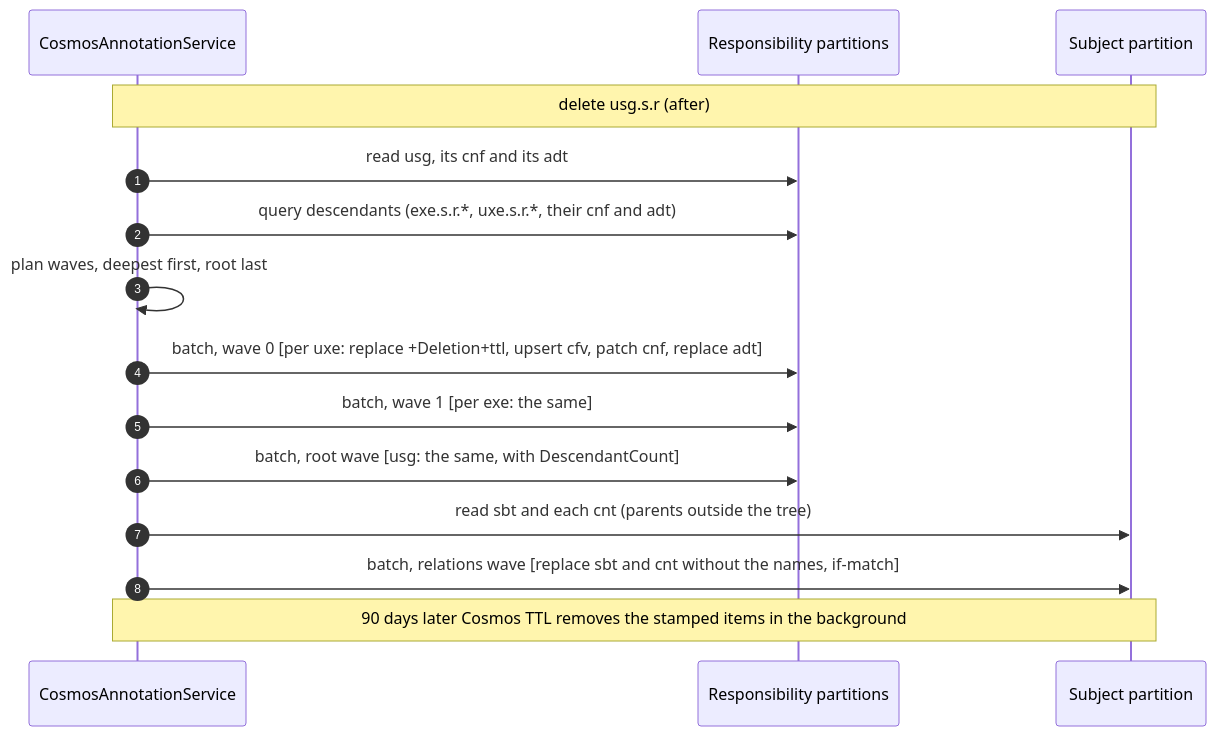
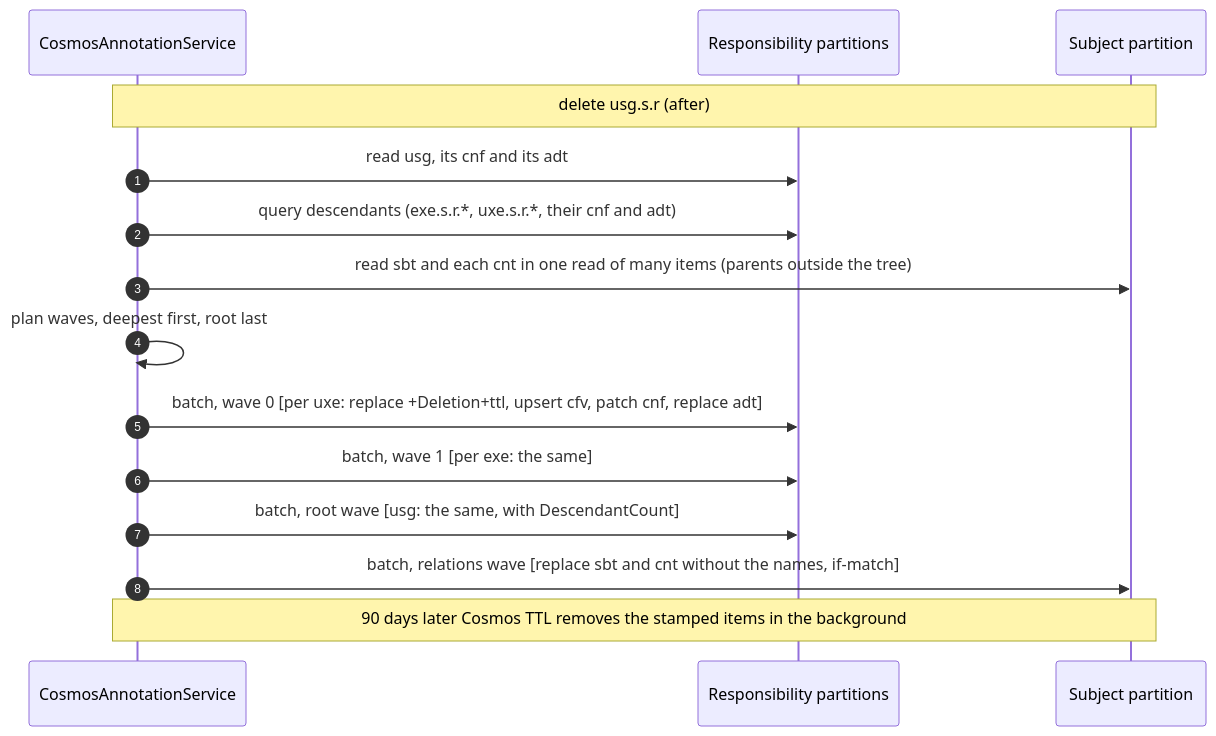
Before and after one commit to akobr/mono.me: the sixth of 7 diagrams in docs/Platform/Storyteller/audit-operations.md, drawn with Mermaid. The commit also changed other lines of this file and 1 other file, not shown here.

Commit message:
docs(platform): name which parents of a restore come from the read of many items, and draw the delete's read before its batches (424-229)

````diff
--- a/docs/Platform/Storyteller/audit-operations.md
+++ b/docs/Platform/Storyteller/audit-operations.md
@@ -247,17 +247,17 @@
 ```mermaid
 sequenceDiagram
   autonumber
   participant S as CosmosAnnotationService
   participant R as Responsibility partitions
   participant J as Subject partition
   Note over S,J: delete usg.s.r (after)
   S->>R: read usg, its cnf and its adt
   S->>R: query descendants (exe.s.r.*, uxe.s.r.*, their cnf and adt)
+  S->>J: read sbt and each cnt in one read of many items (parents outside the tree)
   S->>S: plan waves, deepest first, root last
   S->>R: batch, wave 0 [per uxe: replace +Deletion+ttl, upsert cfv, patch cnf, replace adt]
   S->>R: batch, wave 1 [per exe: the same]
   S->>R: batch, root wave [usg: the same, with DescendantCount]
-  S->>J: read sbt and each cnt (parents outside the tree)
   S->>J: batch, relations wave [replace sbt and cnt without the names, if-match]
   Note over S,J: 90 days later Cosmos TTL removes the stamped items in the background
 ```
````
